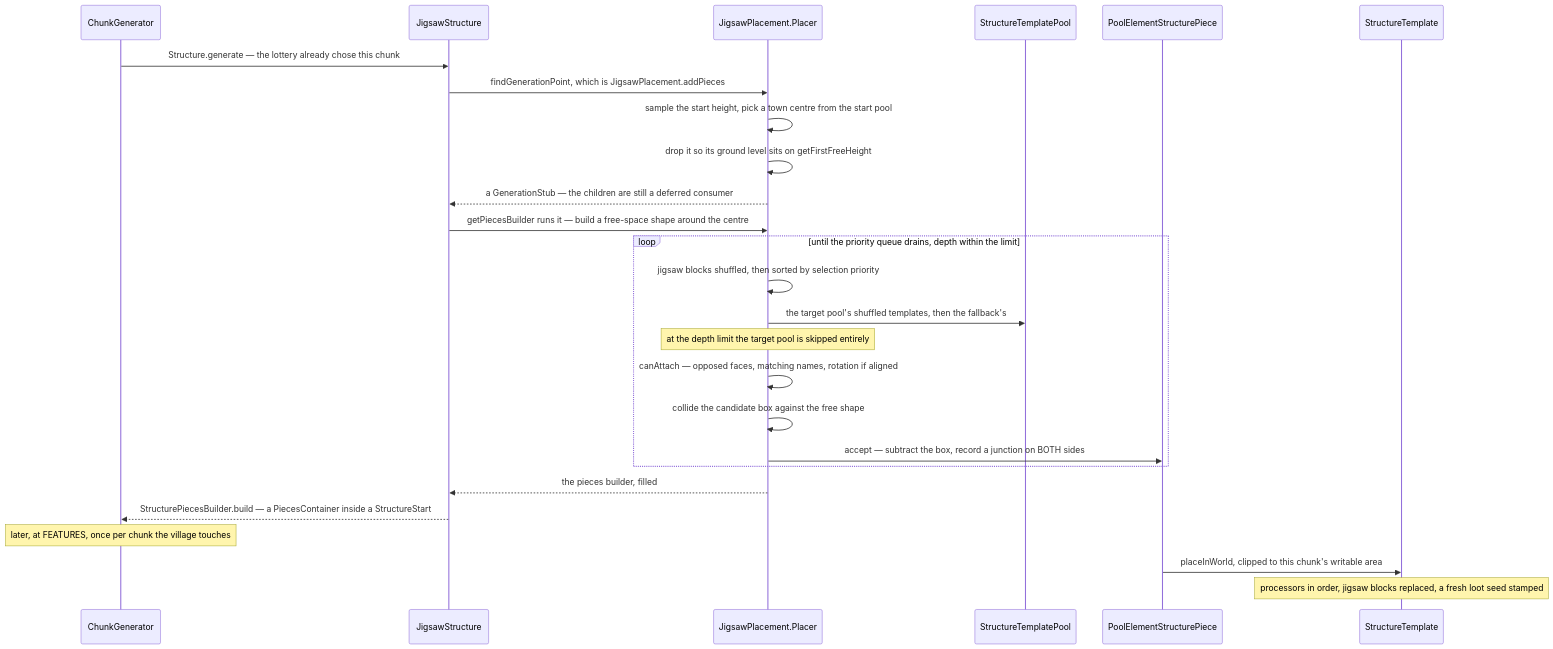
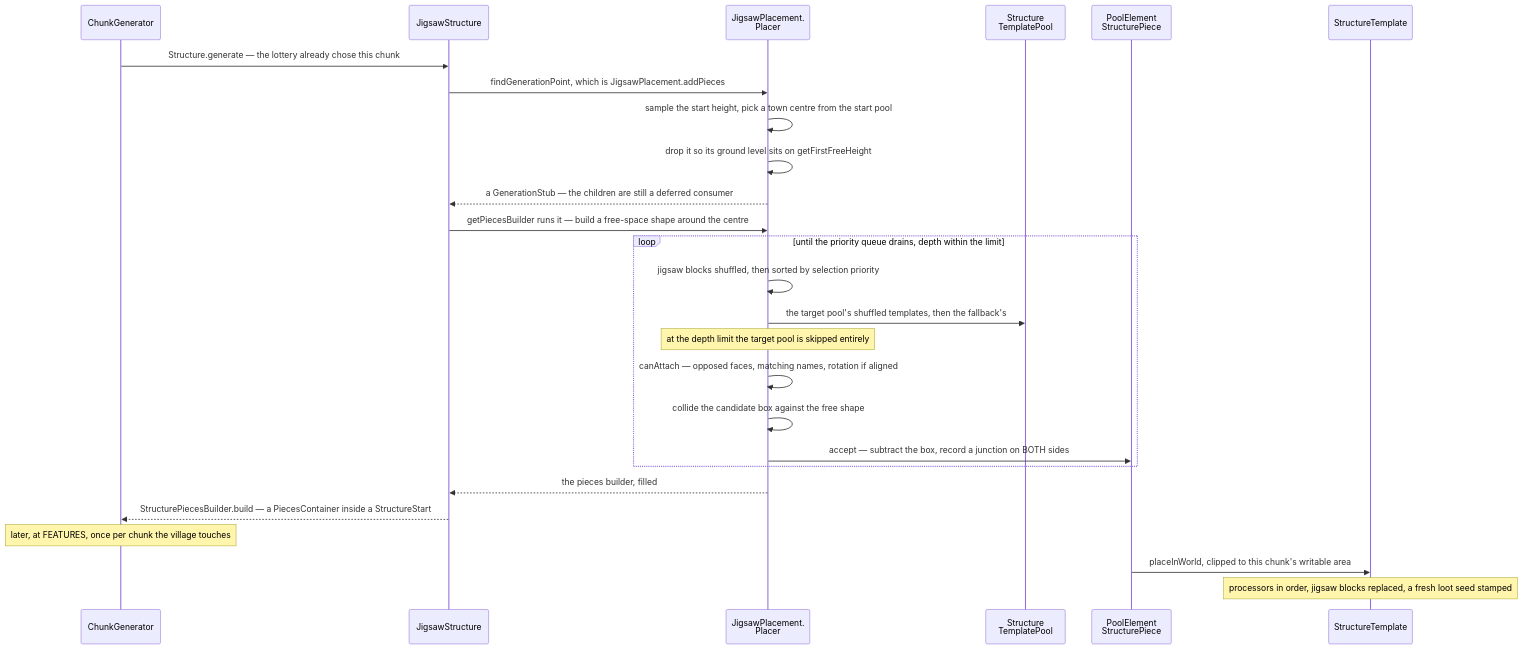
Before and after one commit to AlexanderjFraser/MinecraftDocs: the diagram in src/systems/worldgen/jigsaw-and-templates.md, drawn with Mermaid. The commit also changed 68 other files, not shown here.

````diff
--- a/src/systems/worldgen/jigsaw-and-templates.md
+++ b/src/systems/worldgen/jigsaw-and-templates.md
@@ -46,29 +46,29 @@
 ```mermaid
 sequenceDiagram
     participant ChunkG as ChunkGenerator
     participant JS as JigsawStructure
-    participant JPP as JigsawPlacement.Placer
-    participant STP as StructureTemplatePool
-    participant PESP as PoolElementStructurePiece
+    participant JPP as JigsawPlacement.<br/>Placer
+    participant STP as Structure<br/>TemplatePool
+    participant PESP as PoolElement<br/>StructurePiece
     participant STemp as StructureTemplate
 
     ChunkG->>JS: Structure.generate — the lottery already chose this chunk
     JS->>JPP: findGenerationPoint, which is JigsawPlacement.addPieces
     JPP->>JPP: sample the start height, pick a town centre from the start pool
     JPP->>JPP: drop it so its ground level sits on getFirstFreeHeight
     JPP-->>JS: a GenerationStub — the children are still a deferred consumer
     JS->>JPP: getPiecesBuilder runs it — build a free-space shape around the centre
     loop until the priority queue drains, depth within the limit
         JPP->>JPP: jigsaw blocks shuffled, then sorted by selection priority
         JPP->>STP: the target pool's shuffled templates, then the fallback's
         Note over JPP: at the depth limit the target pool is skipped entirely
         JPP->>JPP: canAttach — opposed faces, matching names, rotation if aligned
         JPP->>JPP: collide the candidate box against the free shape
         JPP->>PESP: accept — subtract the box, record a junction on BOTH sides
     end
     JPP-->>JS: the pieces builder, filled
     JS-->>ChunkG: StructurePiecesBuilder.build — a PiecesContainer inside a StructureStart
     Note over ChunkG: later, at FEATURES, once per chunk the village touches
     PESP->>STemp: placeInWorld, clipped to this chunk's writable area
     Note over STemp: processors in order, jigsaw blocks replaced, a fresh loot seed stamped
 ```
````
